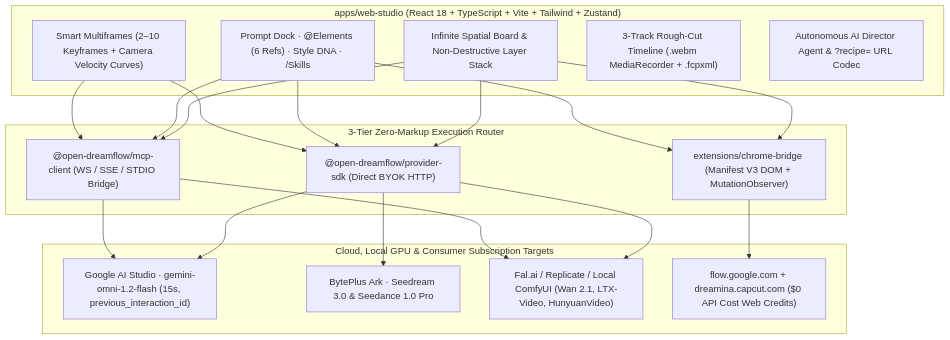
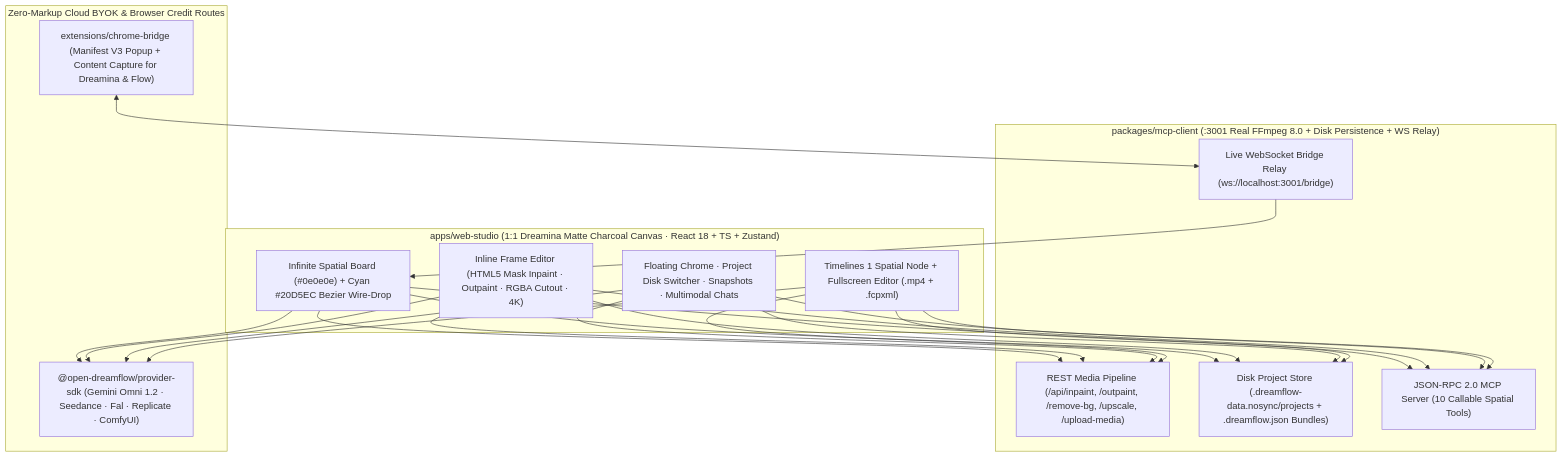
One commit to dheepanratnam/open-dreamflow changed the diagram in README.md. Above: the diagram before and after it, drawn with Mermaid. The commit also changed other lines of this file and 9 other files, not shown here.

Commit message:
feat(web-studio): add inline brush inpaint/outpaint/cutout/4K editor, disk persistence, WS bridge sync, and 7-stage E2E suite

````diff
--- a/README.md
+++ b/README.md
@@ -16,30 +16,25 @@
 ```mermaid
 flowchart TD
-  subgraph Studio["apps/web-studio (React 18 + TypeScript + Vite + Tailwind + Zustand)"]
-    CB["Infinite Spatial Board & Non-Destructive Layer Stack"]
-    PD["Prompt Dock · @Elements (6 Refs) · Style DNA · /Skills"]
-    MF["Smart Multiframes (2–10 Keyframes + Camera Velocity Curves)"]
-    TL["3-Track Rough-Cut Timeline (.webm MediaRecorder + .fcpxml)"]
-    DA["Autonomous AI Director Agent & ?recipe= URL Codec"]
+  subgraph Studio["apps/web-studio (1:1 Dreamina Matte Charcoal Canvas · React 18 + TS + Zustand)"]
+    CB["Infinite Spatial Board (#0e0e0e) + Cyan #20D5EC Bezier Wire-Drop"]
+    IE["Inline Frame Editor (HTML5 Mask Inpaint · Outpaint · RGBA Cutout · 4K)"]
+    CH["Floating Chrome · Project Disk Switcher · Snapshots · Multimodal Chats"]
+    TL["Timelines 1 Spatial Node + Fullscreen Editor (.mp4 + .fcpxml)"]
   end
 
-  subgraph Router["3-Tier Zero-Markup Execution Router"]
-    SDK["@open-dreamflow/provider-sdk (Direct BYOK HTTP)"]
-    MCP["@open-dreamflow/mcp-client (WS / SSE / STDIO Bridge)"]
-    EXT["extensions/chrome-bridge (Manifest V3 DOM + MutationObserver)"]
+  subgraph Engine["packages/mcp-client (:3001 Real FFmpeg 8.0 + Disk Persistence + WS Relay)"]
+    API["REST Media Pipeline (/api/inpaint, /outpaint, /remove-bg, /upscale, /upload-media)"]
+    PRJ["Disk Project Store (.dreamflow-data.nosync/projects + .dreamflow.json Bundles)"]
+    MCP["JSON-RPC 2.0 MCP Server (10 Callable Spatial Tools)"]
+    WS["Live WebSocket Bridge Relay (ws://localhost:3001/bridge)"]
   end
 
-  subgraph Backends["Cloud, Local GPU & Consumer Subscription Targets"]
-    OMNI["Google AI Studio · gemini-omni-1.2-flash (15s, previous_interaction_id)"]
-    SEED["BytePlus Ark · Seedream 3.0 & Seedance 1.0 Pro"]
-    OPEN["Fal.ai / Replicate / Local ComfyUI (Wan 2.1, LTX-Video, HunyuanVideo)"]
-    SUBS["flow.google.com + dreamina.capcut.com ($0 API Cost Web Credits)"]
+  subgraph Providers["Zero-Markup Cloud BYOK & Browser Credit Routes"]
+    SDK["@open-dreamflow/provider-sdk (Gemini Omni 1.2 · Seedance · Fal · Replicate · ComfyUI)"]
+    EXT["extensions/chrome-bridge (Manifest V3 Popup + Content Capture for Dreamina & Flow)"]
   end
 
-  CB --> SDK & MCP & EXT
-  PD --> SDK & MCP & EXT
-  MF --> SDK & MCP
-  SDK --> OMNI & SEED & OPEN
-  MCP --> OPEN & OMNI
-  EXT --> SUBS
+  CB & IE & CH & TL --> API & PRJ & MCP & SDK
+  EXT <--> WS
+  WS --> CB
 ```
````
